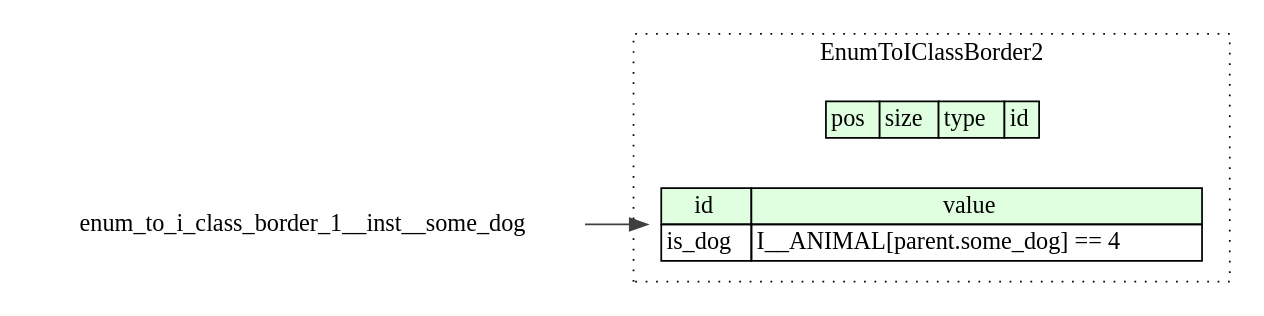
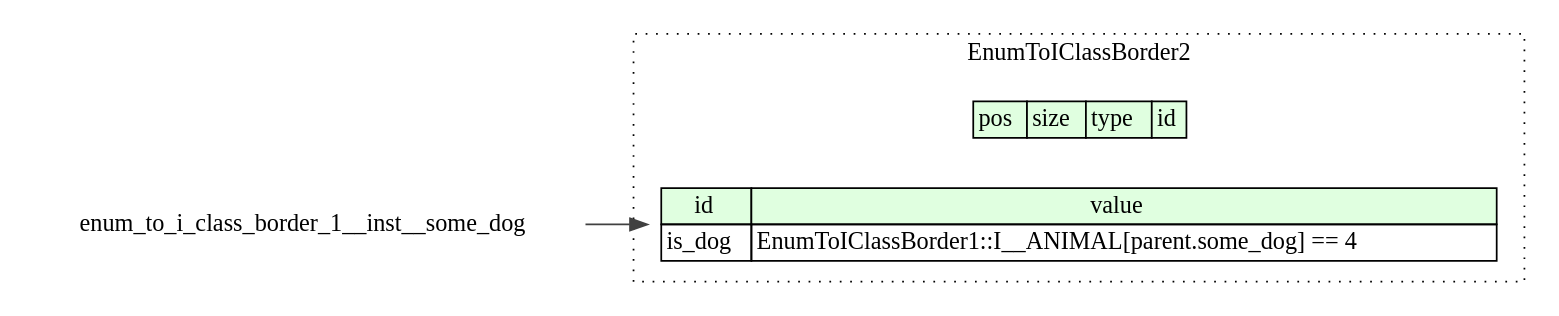
One commit to kaitai-io/ci_targets changed the diagram in compiled/graphviz/enum_to_i_class_border_2.dot. Above: the diagram before and after it, drawn with Graphviz. The commit also changed 1 other file, not shown here.

```diff
--- a/compiled/graphviz/enum_to_i_class_border_2.dot
+++ b/compiled/graphviz/enum_to_i_class_border_2.dot
@@ -1,17 +1,17 @@
 digraph {
 	rankdir=LR;
 	node [shape=plaintext];
 	subgraph cluster__enum_to_i_class_border_2 {
 		label="EnumToIClassBorder2";
 		graph[style=dotted];
 
 		enum_to_i_class_border_2__seq [label=<<TABLE BORDER="0" CELLBORDER="1" CELLSPACING="0">
 			<TR><TD BGCOLOR="#E0FFE0">pos</TD><TD BGCOLOR="#E0FFE0">size</TD><TD BGCOLOR="#E0FFE0">type</TD><TD BGCOLOR="#E0FFE0">id</TD></TR>
 		</TABLE>>];
 		enum_to_i_class_border_2__inst__is_dog [label=<<TABLE BORDER="0" CELLBORDER="1" CELLSPACING="0">
 			<TR><TD BGCOLOR="#E0FFE0">id</TD><TD BGCOLOR="#E0FFE0">value</TD></TR>
-			<TR><TD>is_dog</TD><TD>I__ANIMAL[parent.some_dog] == 4</TD></TR>
+			<TR><TD>is_dog</TD><TD>EnumToIClassBorder1::I__ANIMAL[parent.some_dog] == 4</TD></TR>
 		</TABLE>>];
 	}
 	enum_to_i_class_border_1__inst__some_dog:some_dog_type -> enum_to_i_class_border_2__inst__is_dog [color="#404040"];
 }
```
